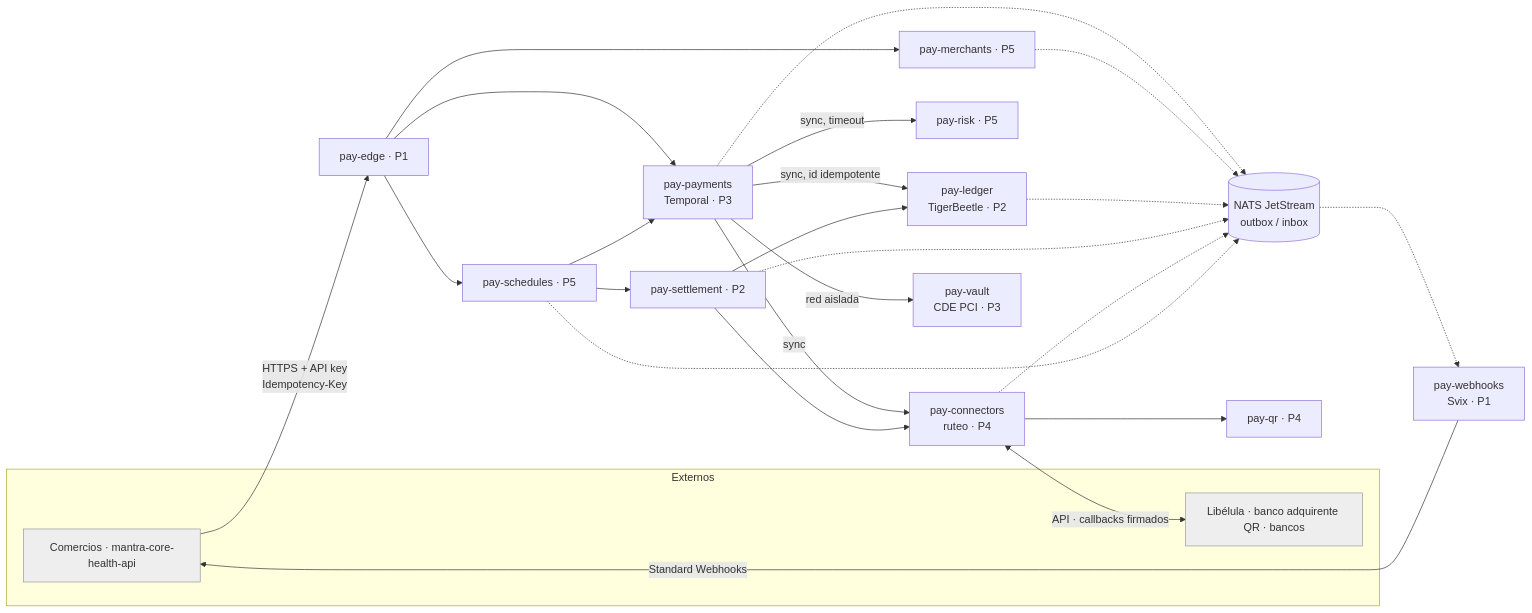
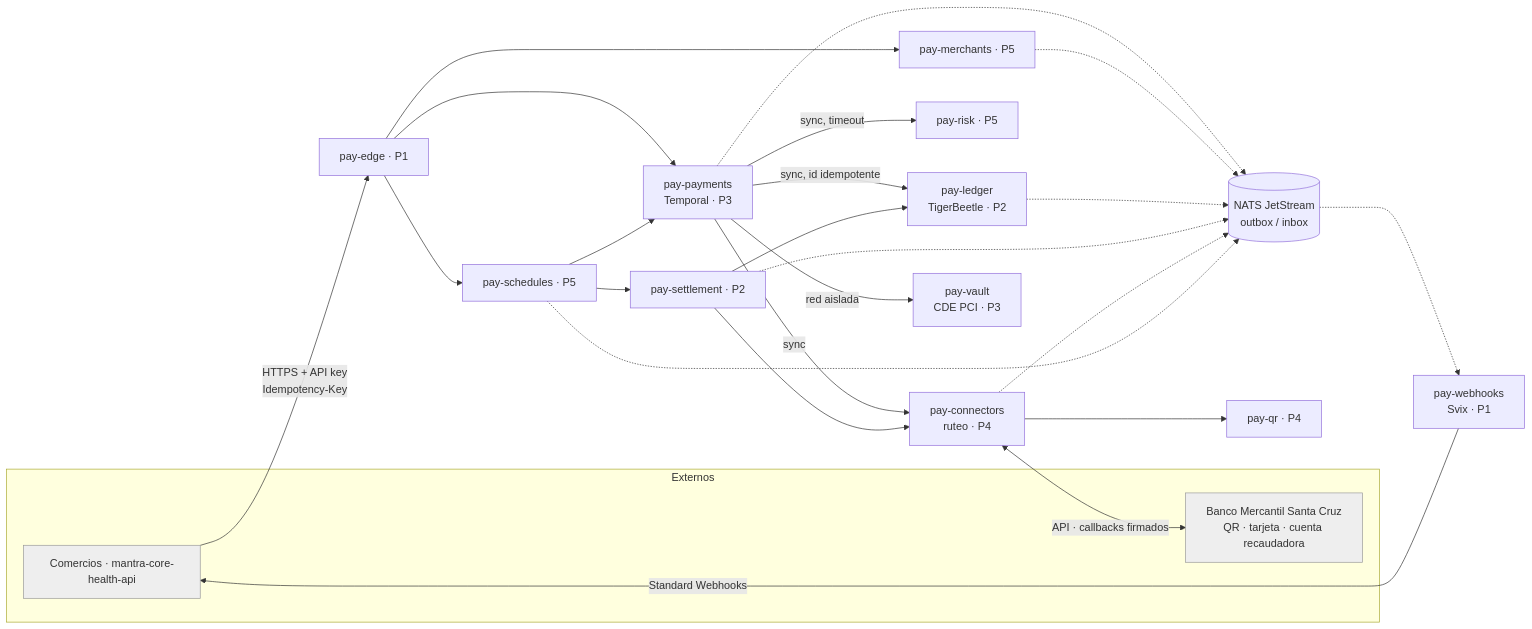
The diagram in docs/plan/PLAN-MAESTRO.md (Jsaldias39/PasarelaPago), drawn with Mermaid before and after one commit. The commit also changed other lines of this file and 5 other files, not shown here.

First line of the commit message:
docs: decisiones D-16 a D-25 — pasarela propia con Banco Mercantil Santa Cruz, sin Libélula

````diff
--- a/docs/plan/PLAN-MAESTRO.md
+++ b/docs/plan/PLAN-MAESTRO.md
@@ -38,31 +38,31 @@
 ```mermaid
 flowchart LR
   subgraph Externos
     M[Comercios · mantra-core-health-api]:::ext
-    PSP[Libélula · banco adquirente QR · bancos]:::ext
+    PSP[Banco Mercantil Santa Cruz<br/>QR · tarjeta · cuenta recaudadora]:::ext
   end
   M -->|HTTPS + API key<br/>Idempotency-Key| EDGE[pay-edge · P1]
   EDGE --> PAY[pay-payments<br/>Temporal · P3]
   EDGE --> MER[pay-merchants · P5]
   EDGE --> SCH[pay-schedules · P5]
   PAY -->|sync, timeout| RISK[pay-risk · P5]
   PAY -->|sync| CON[pay-connectors<br/>ruteo · P4]
   PAY -->|sync, id idempotente| LED[pay-ledger<br/>TigerBeetle · P2]
   PAY -->|red aislada| VAULT[pay-vault<br/>CDE PCI · P3]
   CON --> QR[pay-qr · P4]
   CON <-->|API · callbacks firmados| PSP
   SET[pay-settlement · P2] --> LED
   SET --> CON
   SCH --> PAY
   SCH --> SET
   BUS[(NATS JetStream<br/>outbox / inbox)]
   PAY -.-> BUS
   MER -.-> BUS
   LED -.-> BUS
   SET -.-> BUS
   CON -.-> BUS
   SCH -.-> BUS
   BUS -.-> WH[pay-webhooks<br/>Svix · P1]
   WH -->|Standard Webhooks| M
   classDef ext fill:#eee,stroke:#999
 ```
````
